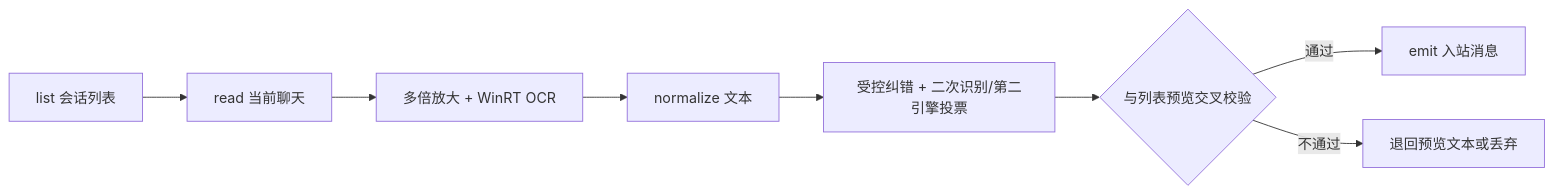
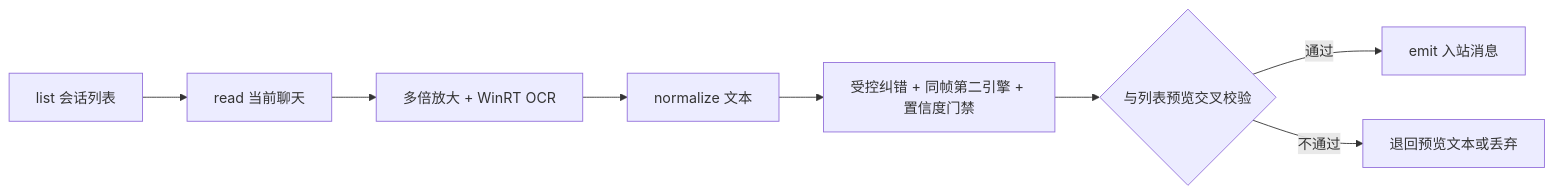
Before and after one commit to xinghui2628/dsh-wechat-persona: the fourth of 4 diagrams in docs/ARCHITECTURE.md, drawn with Mermaid. The commit also changed other lines of this file and 11 other files, not shown here.

````diff
--- a/docs/ARCHITECTURE.md
+++ b/docs/ARCHITECTURE.md
@@ -207,10 +221,10 @@
 ```mermaid
 flowchart LR
   L[list 会话列表] --> R[read 当前聊天]
   R --> W[多倍放大 + WinRT OCR]
   W --> N[normalize 文本]
-  N --> C[受控纠错 + 二次识别/第二引擎投票]
+  N --> C[受控纠错 + 同帧第二引擎 + 置信度门禁]
   C --> V{与列表预览交叉校验}
   V -->|通过| EM[emit 入站消息]
   V -->|不通过| PV[退回预览文本或丢弃]
 ```
````
